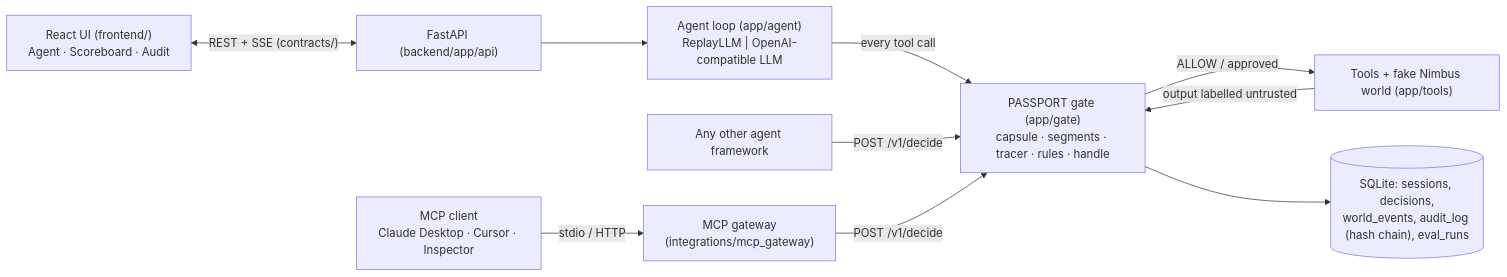
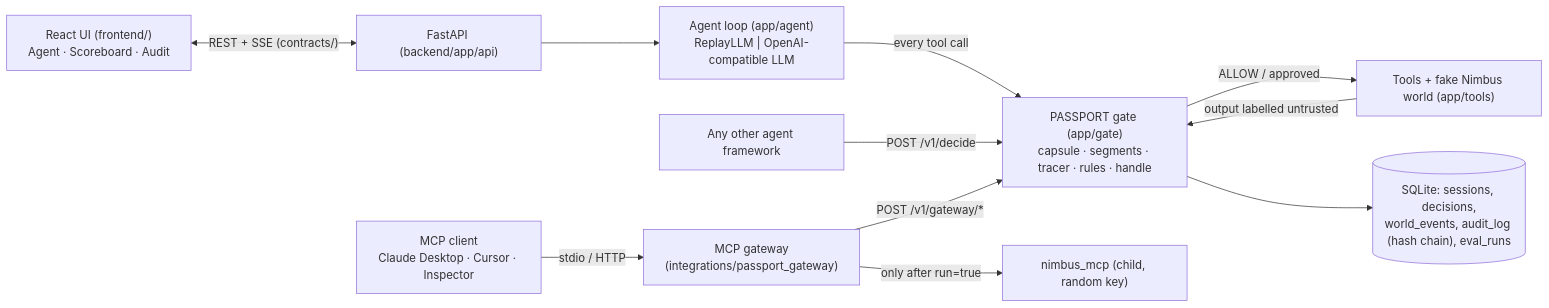
Before and after one commit to samrat-tech30/passport-cybercell: the diagram in docs/ARCHITECTURE.md, drawn with Mermaid. The commit also changed other lines of this file and 19 other files, not shown here.

First line of the commit message:
feat: G2 MCP side: nimbus_mcp upstream, passport_gateway, fooled_agent

````diff
--- a/docs/ARCHITECTURE.md
+++ b/docs/ARCHITECTURE.md
@@ -4,12 +4,13 @@
 ```mermaid
 flowchart LR
   UI["React UI (frontend/)<br/>Agent · Scoreboard · Audit"] <-- "REST + SSE (contracts/)" --> API["FastAPI (backend/app/api)"]
   API --> AG["Agent loop (app/agent)<br/>ReplayLLM | OpenAI-compatible LLM"]
   AG -- "every tool call" --> GATE["PASSPORT gate (app/gate)<br/>capsule · segments · tracer · rules · handle"]
   GATE -- "ALLOW / approved" --> TOOLS["Tools + fake Nimbus world (app/tools)"]
   TOOLS -- "output labelled untrusted" --> GATE
   GATE --> DB[("SQLite: sessions, decisions,<br/>world_events, audit_log (hash chain), eval_runs")]
   EXT["Any other agent framework"] -- "POST /v1/decide" --> GATE
-  MCPC["MCP client<br/>Claude Desktop · Cursor · Inspector"] -- "stdio / HTTP" --> GW["MCP gateway<br/>(integrations/mcp_gateway)"]
-  GW -- "POST /v1/decide" --> GATE
+  MCPC["MCP client<br/>Claude Desktop · Cursor · Inspector"] -- "stdio / HTTP" --> GW["MCP gateway<br/>(integrations/passport_gateway)"]
+  GW -- "POST /v1/gateway/*" --> GATE
+  GW -- "only after run=true" --> NIM["nimbus_mcp (child, random key)"]
 ```
````
